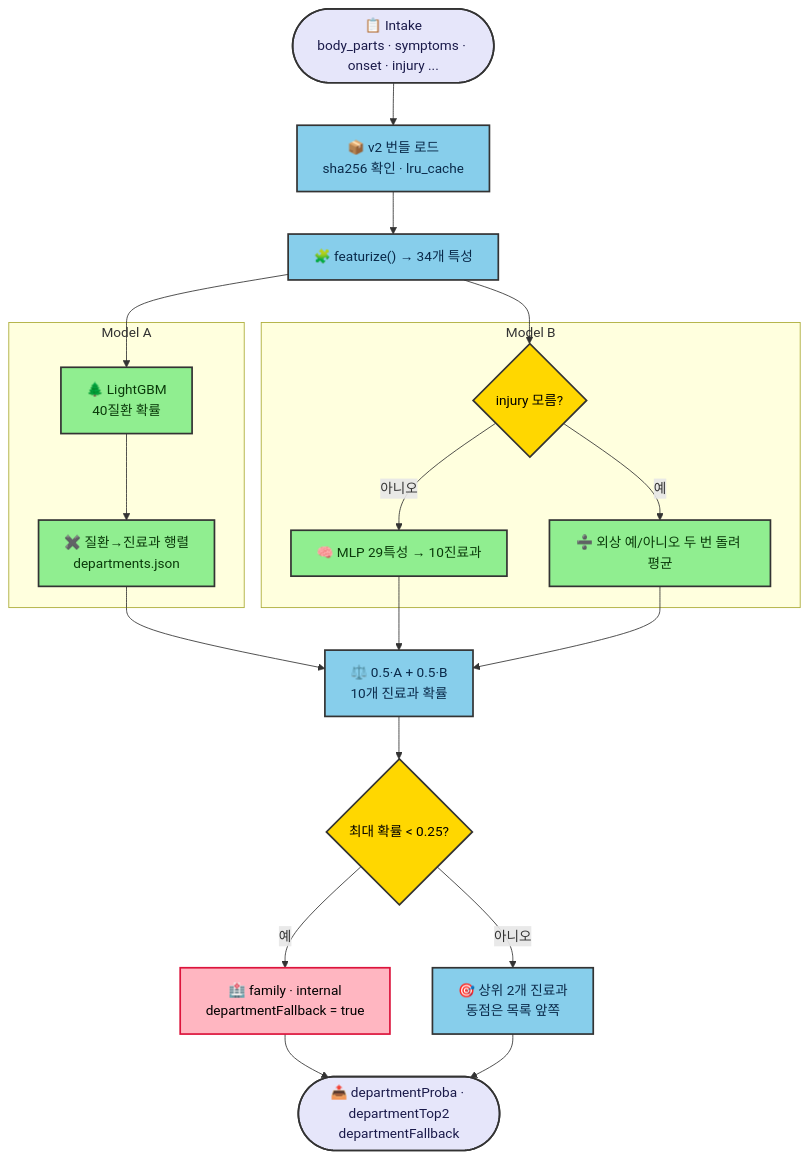
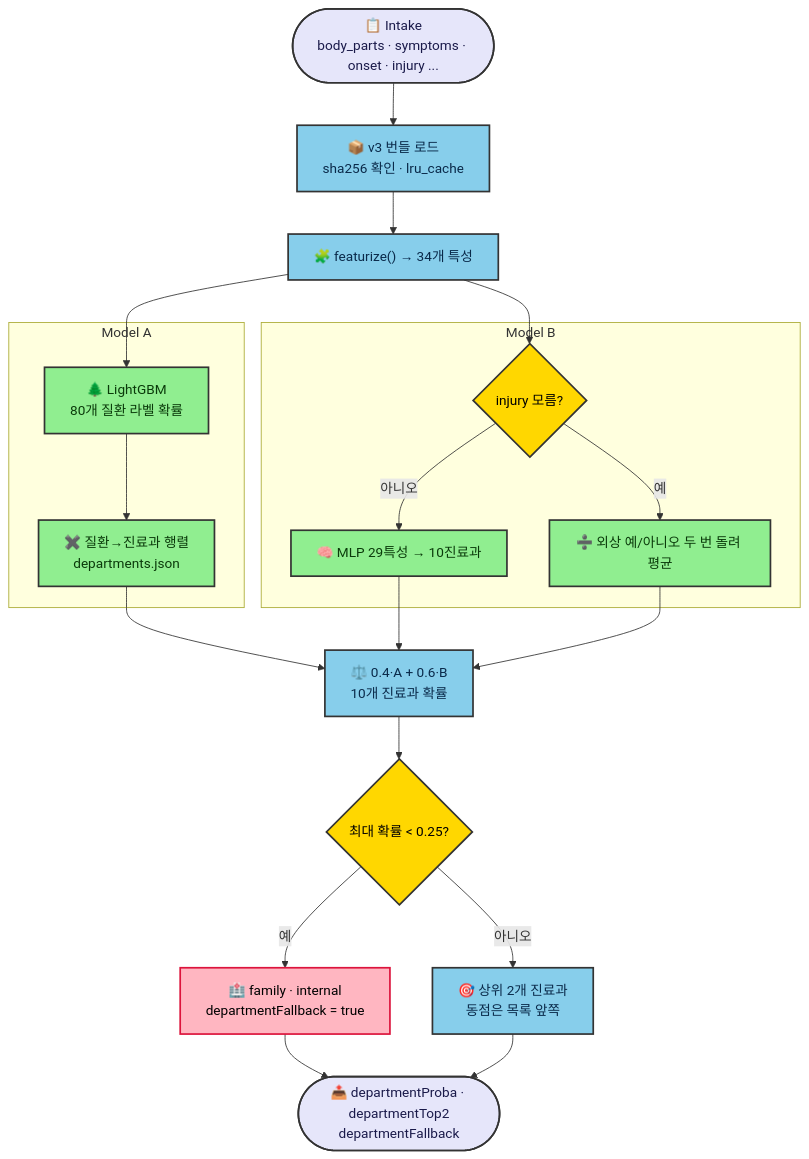
The second of 9 diagrams in docs/architecture/modeling-backend-flow.md (conceptamin/for-nav), drawn with Mermaid before and after one commit. The commit also changed other lines of this file and 4 other files, not shown here.

````diff
--- a/docs/architecture/modeling-backend-flow.md
+++ b/docs/architecture/modeling-backend-flow.md
@@ -104,49 +112,49 @@
 ```mermaid
 flowchart TD
     IN(["📋 Intake<br/>body_parts · symptoms · onset · injury ..."])
-    LOAD["📦 v2 번들 로드<br/>sha256 확인 · lru_cache"]
+    LOAD["📦 v3 번들 로드<br/>sha256 확인 · lru_cache"]
     FE["🧩 featurize() → 34개 특성"]
 
     subgraph MA["Model A"]
-        A1["🌲 LightGBM<br/>40질환 확률"]
+        A1["🌲 LightGBM<br/>80개 질환 라벨 확률"]
         A2["✖️ 질환→진료과 행렬<br/>departments.json"]
         A1 --> A2
     end
 
     subgraph MB["Model B"]
         B0{"injury 모름?"}
         B1["🧠 MLP 29특성 → 10진료과"]
         B2["➗ 외상 예/아니오 두 번 돌려 평균"]
         B0 -->|"아니오"| B1
         B0 -->|"예"| B2
     end
 
-    MIX["⚖️ 0.5·A + 0.5·B<br/>10개 진료과 확률"]
+    MIX["⚖️ 0.4·A + 0.6·B<br/>10개 진료과 확률"]
     TH{"최대 확률 < 0.25?"}
     FB["🏥 family · internal<br/>departmentFallback = true"]
     TOP["🎯 상위 2개 진료과<br/>동점은 목록 앞쪽"]
     OUT(["📤 departmentProba · departmentTop2<br/>departmentFallback"])
 
     IN --> LOAD --> FE
     FE --> A1
     FE --> B0
     A2 --> MIX
     B1 --> MIX
     B2 --> MIX
     MIX --> TH
     TH -->|"예"| FB
     TH -->|"아니오"| TOP
     FB --> OUT
     TOP --> OUT
 
     classDef io fill:#E6E6FA,stroke:#333,stroke-width:2px,color:#1a1a4a
     classDef step fill:#87CEEB,stroke:#333,stroke-width:2px,color:#0a2a4a
     classDef model fill:#90EE90,stroke:#333,stroke-width:2px,color:#0a3a0a
     classDef gate fill:#FFD700,stroke:#333,stroke-width:2px,color:#000
     classDef warn fill:#FFB6C1,stroke:#DC143C,stroke-width:2px,color:#000
     class IN,OUT io
     class LOAD,FE,MIX,TOP step
     class A1,A2,B1,B2 model
     class TH,B0 gate
     class FB warn
 ```
````
